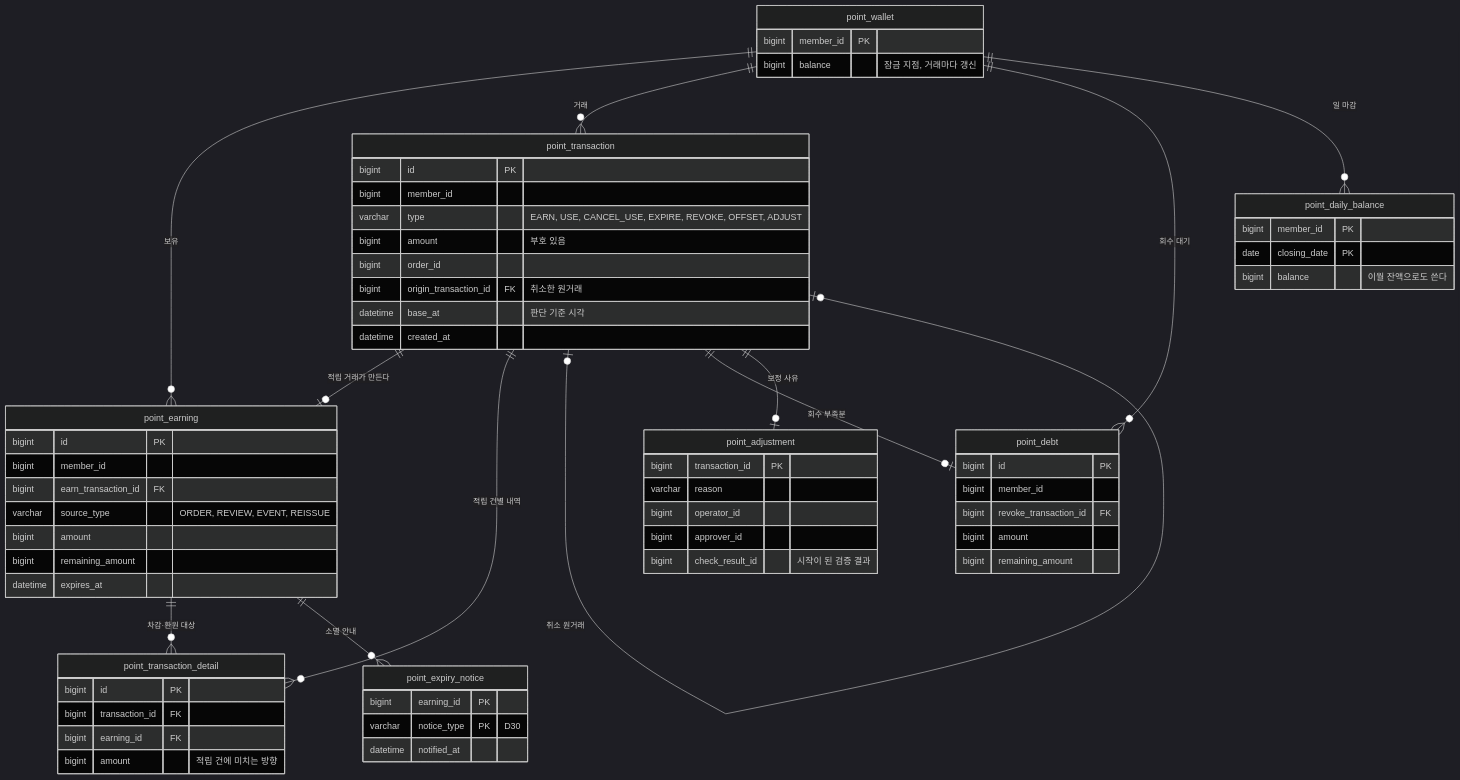
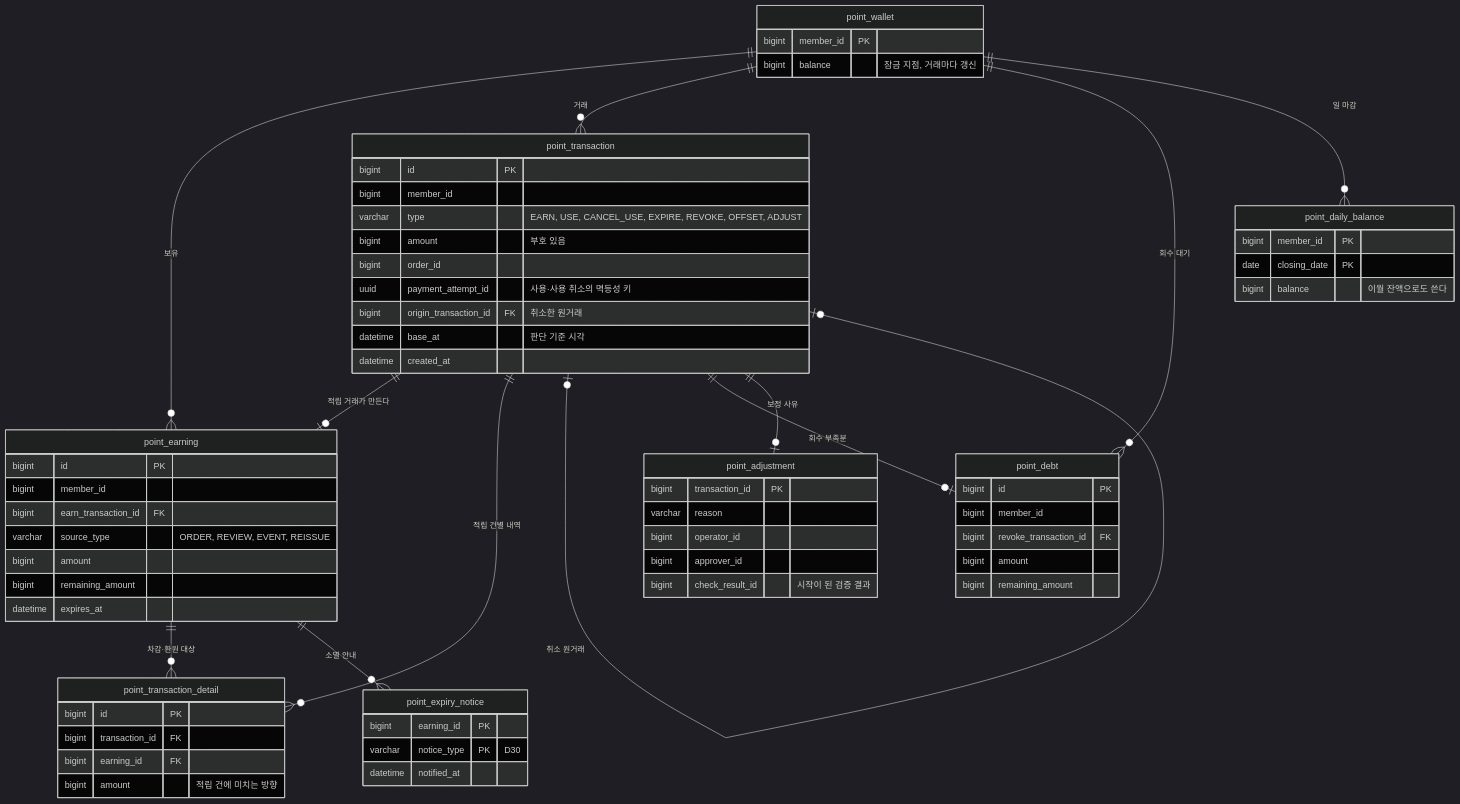
Before and after one commit to wisehero/study: the diagram in 13-시스템-디자인/03-쇼핑몰-적립금/02-소멸과-정합성-검증.md, drawn with Mermaid (dark theme). The commit also changed other lines of this file and 12 other files, not shown here.

````diff
--- a/13-시스템-디자인/03-쇼핑몰-적립금/02-소멸과-정합성-검증.md
+++ b/13-시스템-디자인/03-쇼핑몰-적립금/02-소멸과-정합성-검증.md
@@ -218,68 +218,69 @@
 ```mermaid
 erDiagram
     point_wallet ||--o{ point_earning : "보유"
     point_wallet ||--o{ point_transaction : "거래"
     point_wallet ||--o{ point_debt : "회수 대기"
     point_wallet ||--o{ point_daily_balance : "일 마감"
     point_transaction ||--o| point_earning : "적립 거래가 만든다"
     point_transaction ||--o{ point_transaction_detail : "적립 건별 내역"
     point_earning ||--o{ point_transaction_detail : "차감·환원 대상"
     point_transaction |o--o| point_transaction : "취소 원거래"
     point_transaction ||--o| point_debt : "회수 부족분"
     point_transaction ||--o| point_adjustment : "보정 사유"
     point_earning ||--o{ point_expiry_notice : "소멸 안내"
 
     point_wallet {
         bigint member_id PK
         bigint balance "잠금 지점, 거래마다 갱신"
     }
     point_earning {
         bigint id PK
         bigint member_id
         bigint earn_transaction_id FK
         varchar source_type "ORDER, REVIEW, EVENT, REISSUE"
         bigint amount
         bigint remaining_amount
         datetime expires_at
     }
     point_transaction {
         bigint id PK
         bigint member_id
         varchar type "EARN, USE, CANCEL_USE, EXPIRE, REVOKE, OFFSET, ADJUST"
         bigint amount "부호 있음"
         bigint order_id
+        uuid payment_attempt_id "사용·사용 취소의 멱등성 키"
         bigint origin_transaction_id FK "취소한 원거래"
         datetime base_at "판단 기준 시각"
         datetime created_at
     }
     point_transaction_detail {
         bigint id PK
         bigint transaction_id FK
         bigint earning_id FK
         bigint amount "적립 건에 미치는 방향"
     }
     point_debt {
         bigint id PK
         bigint member_id
         bigint revoke_transaction_id FK
         bigint amount
         bigint remaining_amount
     }
     point_adjustment {
         bigint transaction_id PK
         varchar reason
         bigint operator_id
         bigint approver_id
         bigint check_result_id "시작이 된 검증 결과"
     }
     point_daily_balance {
         bigint member_id PK
         date closing_date PK
         bigint balance "이월 잔액으로도 쓴다"
     }
     point_expiry_notice {
         bigint earning_id PK
         varchar notice_type PK "D30"
         datetime notified_at
     }
 ```
````
